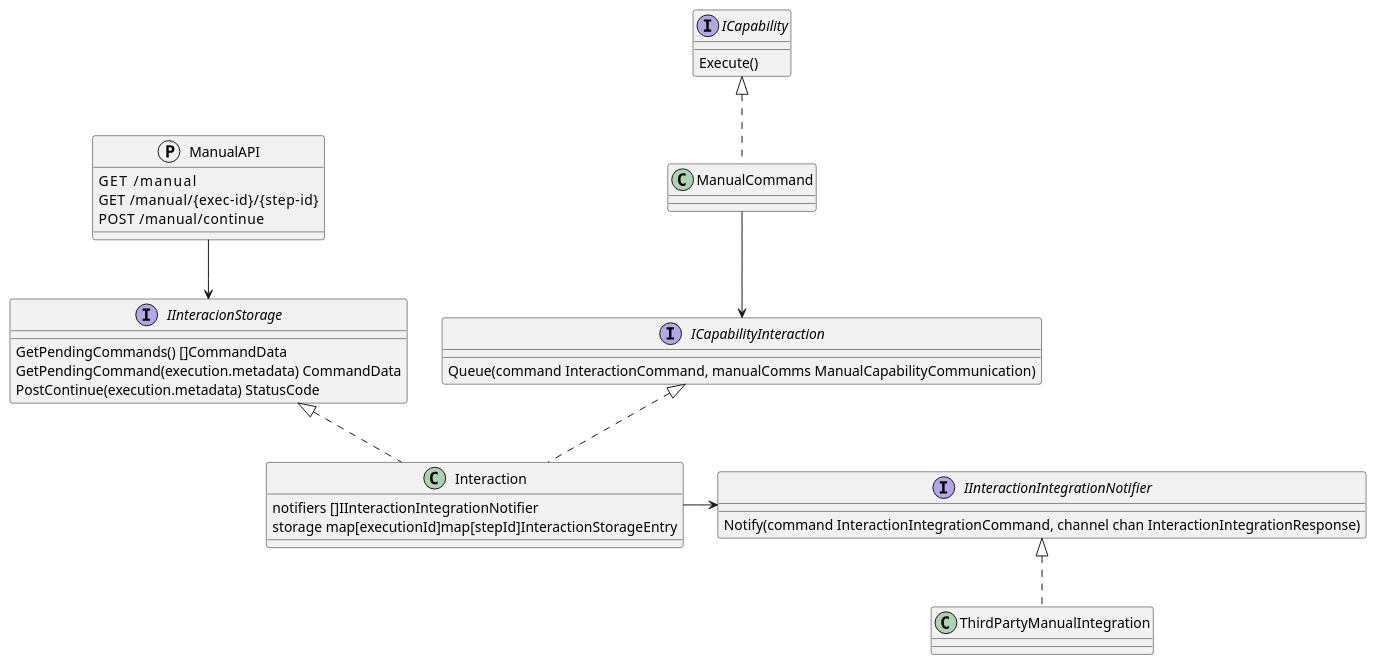
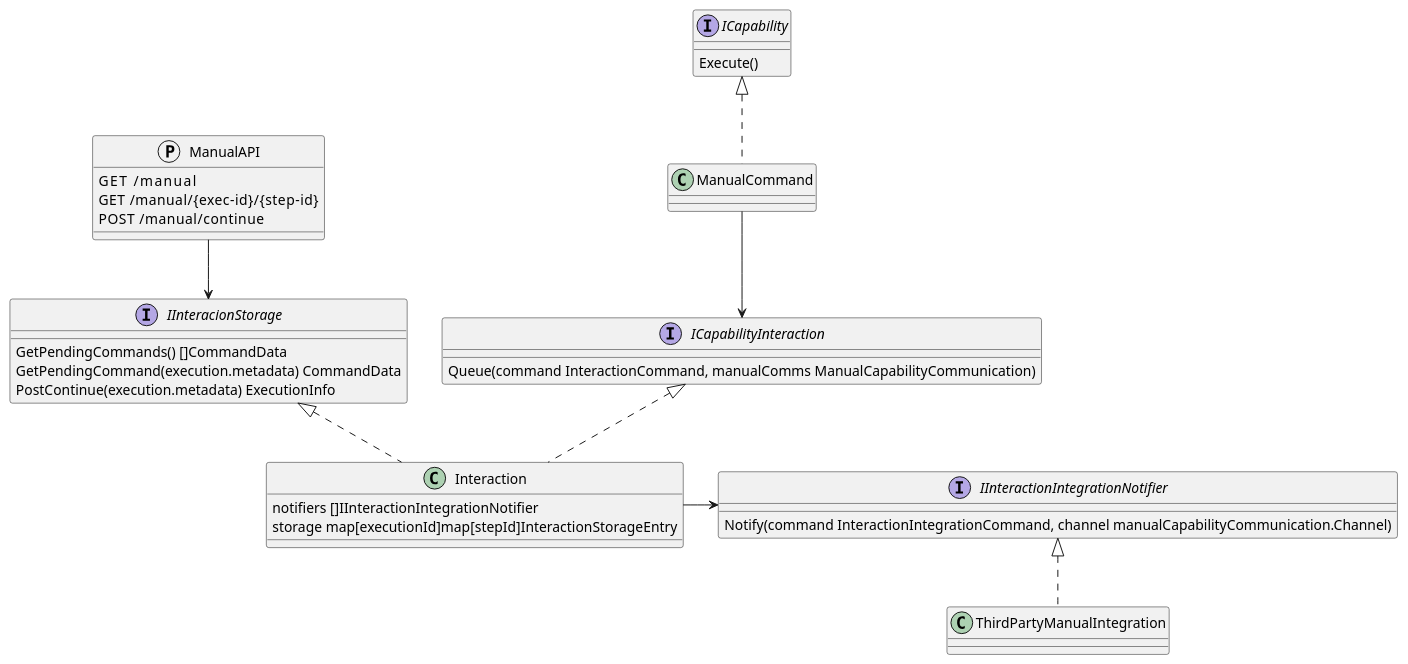
One commit to COSSAS/SOARCA changed the first of 3 diagrams in docs/content/en/docs/core-components/modules.md. Above: the diagram before and after it, drawn with PlantUML. The commit also changed other lines of this file and 2 other files, not shown here.

Commit message:
correct manual documentation and playbook example

````diff
--- a/docs/content/en/docs/core-components/modules.md
+++ b/docs/content/en/docs/core-components/modules.md
@@ -348,49 +348,49 @@
 ```plantuml
 @startuml
 set separator ::
 
 class ManualCommand 
 
 protocol ManualAPI {
     GET     /manual
     GET     /manual/{exec-id}/{step-id}
     POST    /manual/continue
 }
 
 interface ICapability{
    Execute()
 }
 
 interface ICapabilityInteraction{
     Queue(command InteractionCommand, manualComms ManualCapabilityCommunication)
 }
 
 interface IInteracionStorage{
     GetPendingCommands() []CommandData
 	GetPendingCommand(execution.metadata) CommandData
-	PostContinue(execution.metadata) StatusCode
+	PostContinue(execution.metadata) ExecutionInfo
 }
 
 interface IInteractionIntegrationNotifier {
-    Notify(command InteractionIntegrationCommand, channel chan InteractionIntegrationResponse)
+    Notify(command InteractionIntegrationCommand, channel manualCapabilityCommunication.Channel)
 }
 
 class Interaction {
     notifiers []IInteractionIntegrationNotifier
     storage map[executionId]map[stepId]InteractionStorageEntry
 }
 class ThirdPartyManualIntegration
 
 
 ManualCommand .up.|> ICapability
 ManualCommand -down-> ICapabilityInteraction
 Interaction .up.|> ICapabilityInteraction
 Interaction .up.|> IInteracionStorage
 
 ManualAPI -down-> IInteracionStorage
 
 Interaction -right-> IInteractionIntegrationNotifier
 ThirdPartyManualIntegration .up.|> IInteractionIntegrationNotifier
 
 
 ```
````
